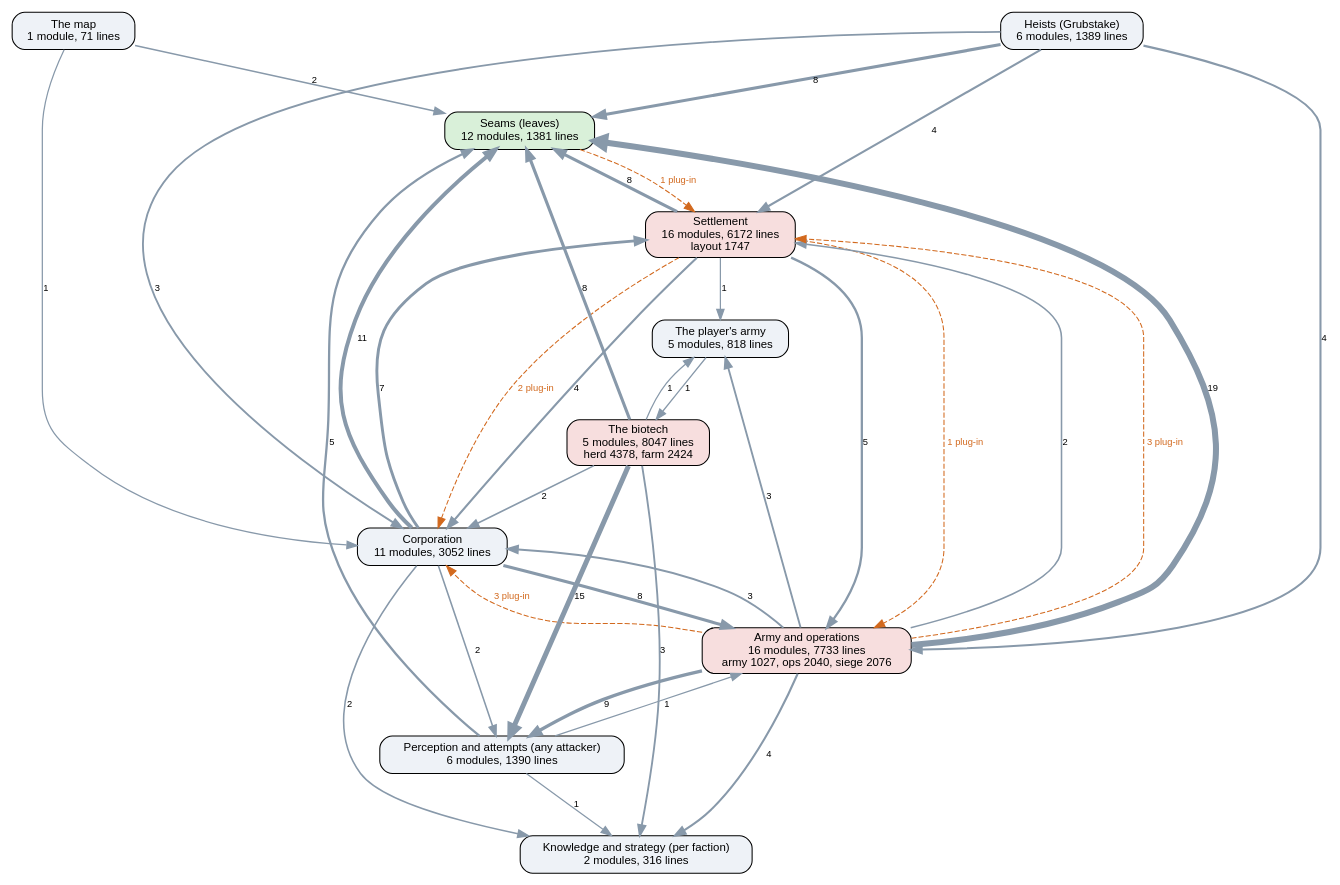
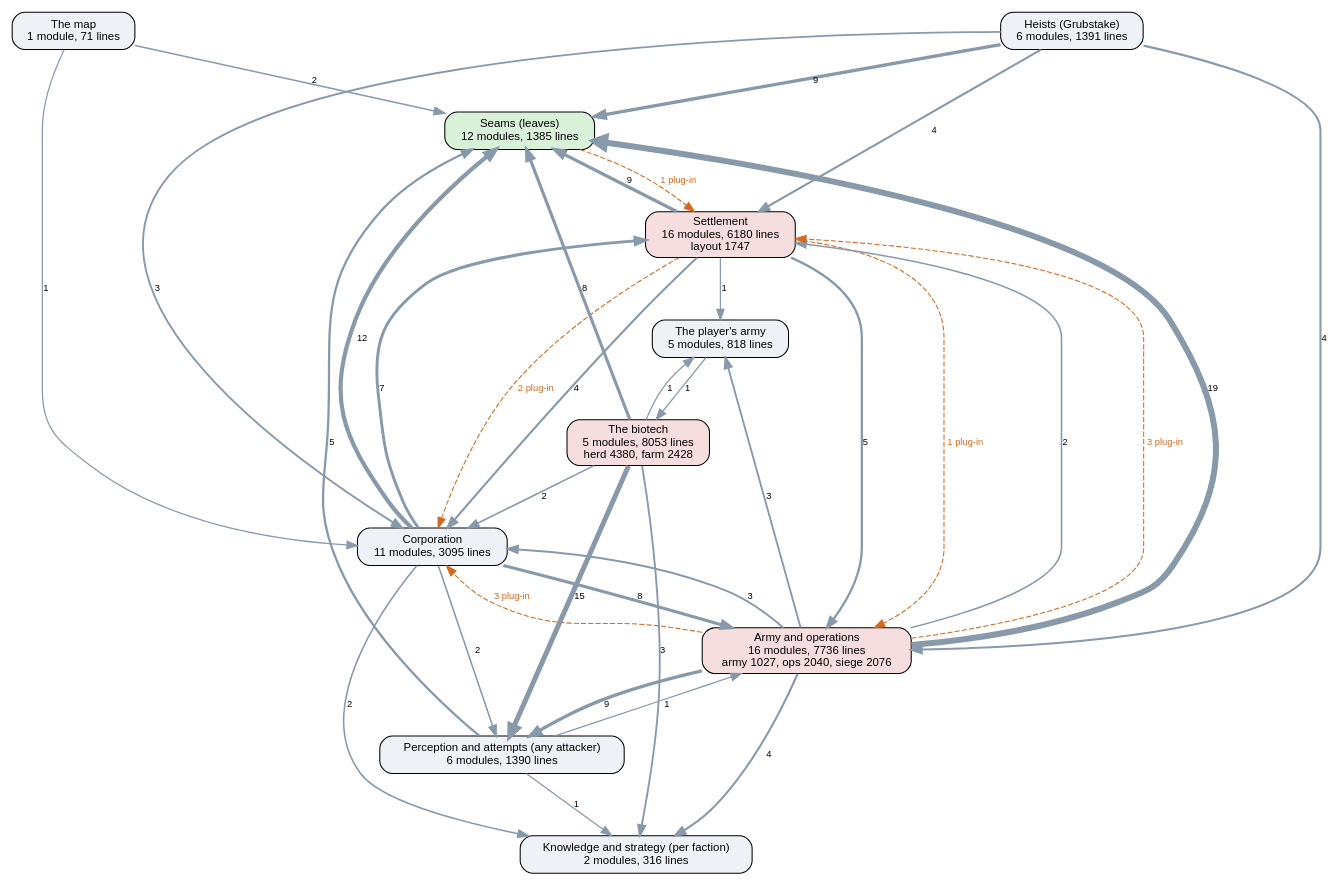
One commit to kinelhu/landing-party changed the diagram in docs/ai-layers.dot. Above: the diagram before and after it, drawn with Graphviz. The commit also changed 27 other files, not shown here.

```diff
--- a/docs/ai-layers.dot
+++ b/docs/ai-layers.dot
@@ -1,50 +1,50 @@
 digraph layers {
   graph [rankdir=TB, fontname="Helvetica", nodesep=0.5, ranksep=0.7];
   node [shape=box, style="rounded,filled", fontname="Helvetica", fontsize=11, fillcolor="#eef2f7"];
   edge [color="#8899aa", fontname="Helvetica", fontsize=9];
-  "Seams (leaves)" [label="Seams (leaves)\n12 modules, 1381 lines", fillcolor="#d9f0d9"];
+  "Seams (leaves)" [label="Seams (leaves)\n12 modules, 1385 lines", fillcolor="#d9f0d9"];
   "Perception and attempts (any attacker)" [label="Perception and attempts (any attacker)\n6 modules, 1390 lines", fillcolor="#eef2f7"];
   "Knowledge and strategy (per faction)" [label="Knowledge and strategy (per faction)\n2 modules, 316 lines", fillcolor="#eef2f7"];
-  "Corporation" [label="Corporation\n11 modules, 3052 lines", fillcolor="#eef2f7"];
-  "Settlement" [label="Settlement\n16 modules, 6172 lines\nlayout 1747", fillcolor="#f7dede"];
-  "Army and operations" [label="Army and operations\n16 modules, 7733 lines\narmy 1027, ops 2040, siege 2076", fillcolor="#f7dede"];
-  "Heists (Grubstake)" [label="Heists (Grubstake)\n6 modules, 1389 lines", fillcolor="#eef2f7"];
-  "The biotech" [label="The biotech\n5 modules, 8047 lines\nherd 4378, farm 2424", fillcolor="#f7dede"];
+  "Corporation" [label="Corporation\n11 modules, 3095 lines", fillcolor="#eef2f7"];
+  "Settlement" [label="Settlement\n16 modules, 6180 lines\nlayout 1747", fillcolor="#f7dede"];
+  "Army and operations" [label="Army and operations\n16 modules, 7736 lines\narmy 1027, ops 2040, siege 2076", fillcolor="#f7dede"];
+  "Heists (Grubstake)" [label="Heists (Grubstake)\n6 modules, 1391 lines", fillcolor="#eef2f7"];
+  "The biotech" [label="The biotech\n5 modules, 8053 lines\nherd 4380, farm 2428", fillcolor="#f7dede"];
   "The map" [label="The map\n1 module, 71 lines", fillcolor="#eef2f7"];
   "The player's army" [label="The player's army\n5 modules, 818 lines", fillcolor="#eef2f7"];
   "Army and operations" -> "Corporation" [label="3", penwidth=1.8];
   "Army and operations" -> "Knowledge and strategy (per faction)" [label="4", penwidth=2.0];
   "Army and operations" -> "Perception and attempts (any attacker)" [label="9", penwidth=3.2];
   "Army and operations" -> "Seams (leaves)" [label="19", penwidth=5.8];
   "Army and operations" -> "Settlement" [label="2", penwidth=1.5];
   "Army and operations" -> "The player's army" [label="3", penwidth=1.8];
   "Corporation" -> "Army and operations" [label="8", penwidth=3.0];
   "Corporation" -> "Knowledge and strategy (per faction)" [label="2", penwidth=1.5];
   "Corporation" -> "Perception and attempts (any attacker)" [label="2", penwidth=1.5];
-  "Corporation" -> "Seams (leaves)" [label="11", penwidth=3.8];
+  "Corporation" -> "Seams (leaves)" [label="12", penwidth=4.0];
   "Corporation" -> "Settlement" [label="7", penwidth=2.8];
   "Heists (Grubstake)" -> "Army and operations" [label="4", penwidth=2.0];
   "Heists (Grubstake)" -> "Corporation" [label="3", penwidth=1.8];
-  "Heists (Grubstake)" -> "Seams (leaves)" [label="8", penwidth=3.0];
+  "Heists (Grubstake)" -> "Seams (leaves)" [label="9", penwidth=3.2];
   "Heists (Grubstake)" -> "Settlement" [label="4", penwidth=2.0];
   "Perception and attempts (any attacker)" -> "Army and operations" [label="1", penwidth=1.2];
   "Perception and attempts (any attacker)" -> "Knowledge and strategy (per faction)" [label="1", penwidth=1.2];
   "Perception and attempts (any attacker)" -> "Seams (leaves)" [label="5", penwidth=2.2];
   "Settlement" -> "Army and operations" [label="5", penwidth=2.2];
   "Settlement" -> "Corporation" [label="4", penwidth=2.0];
-  "Settlement" -> "Seams (leaves)" [label="8", penwidth=3.0];
+  "Settlement" -> "Seams (leaves)" [label="9", penwidth=3.2];
   "Settlement" -> "The player's army" [label="1", penwidth=1.2];
   "The biotech" -> "Corporation" [label="2", penwidth=1.5];
   "The biotech" -> "Knowledge and strategy (per faction)" [label="3", penwidth=1.8];
   "The biotech" -> "Perception and attempts (any attacker)" [label="15", penwidth=4.8];
   "The biotech" -> "Seams (leaves)" [label="8", penwidth=3.0];
   "The biotech" -> "The player's army" [label="1", penwidth=1.2];
   "The map" -> "Corporation" [label="1", penwidth=1.2];
   "The map" -> "Seams (leaves)" [label="2", penwidth=1.5];
   "The player's army" -> "The biotech" [label="1", penwidth=1.2];
   "Army and operations" -> "Corporation" [style=dashed, color="#d2691e", fontcolor="#d2691e", label="3 plug-in"];
   "Army and operations" -> "Settlement" [style=dashed, color="#d2691e", fontcolor="#d2691e", label="3 plug-in"];
   "Seams (leaves)" -> "Settlement" [style=dashed, color="#d2691e", fontcolor="#d2691e", label="1 plug-in"];
   "Settlement" -> "Army and operations" [style=dashed, color="#d2691e", fontcolor="#d2691e", label="1 plug-in"];
   "Settlement" -> "Corporation" [style=dashed, color="#d2691e", fontcolor="#d2691e", label="2 plug-in"];
 }
```
